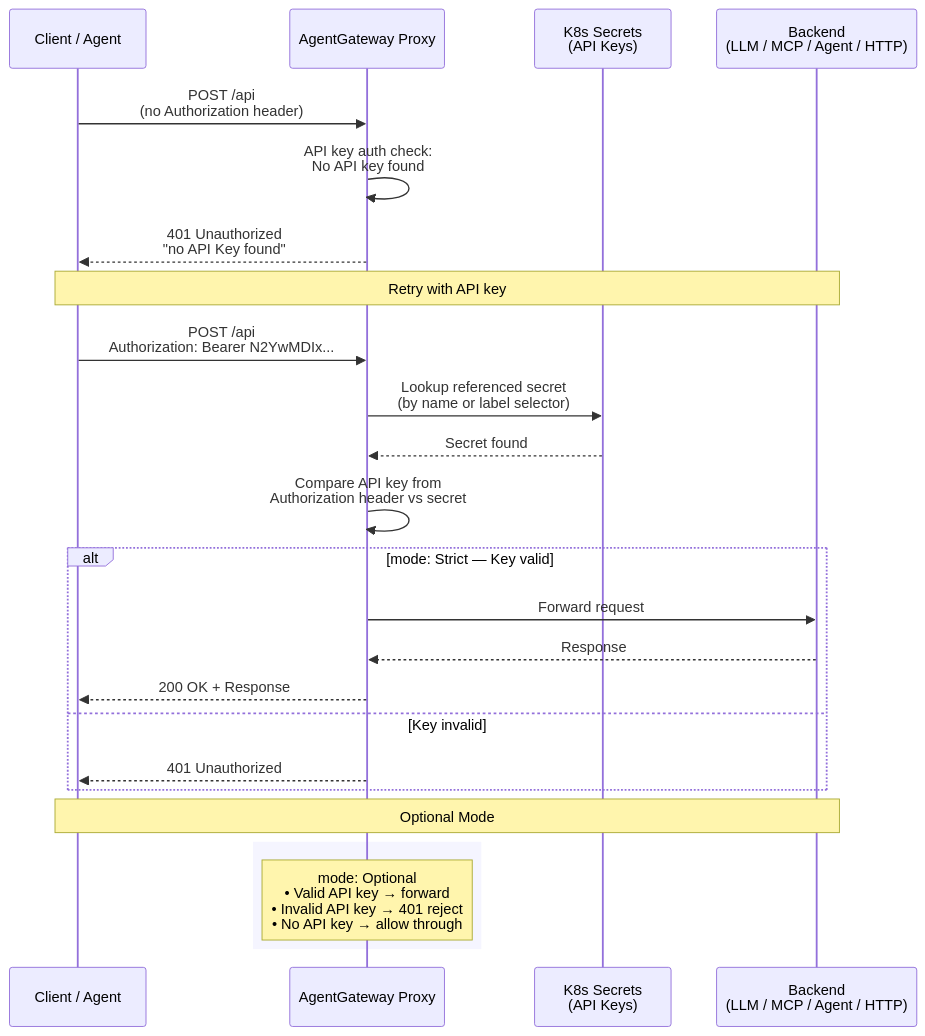
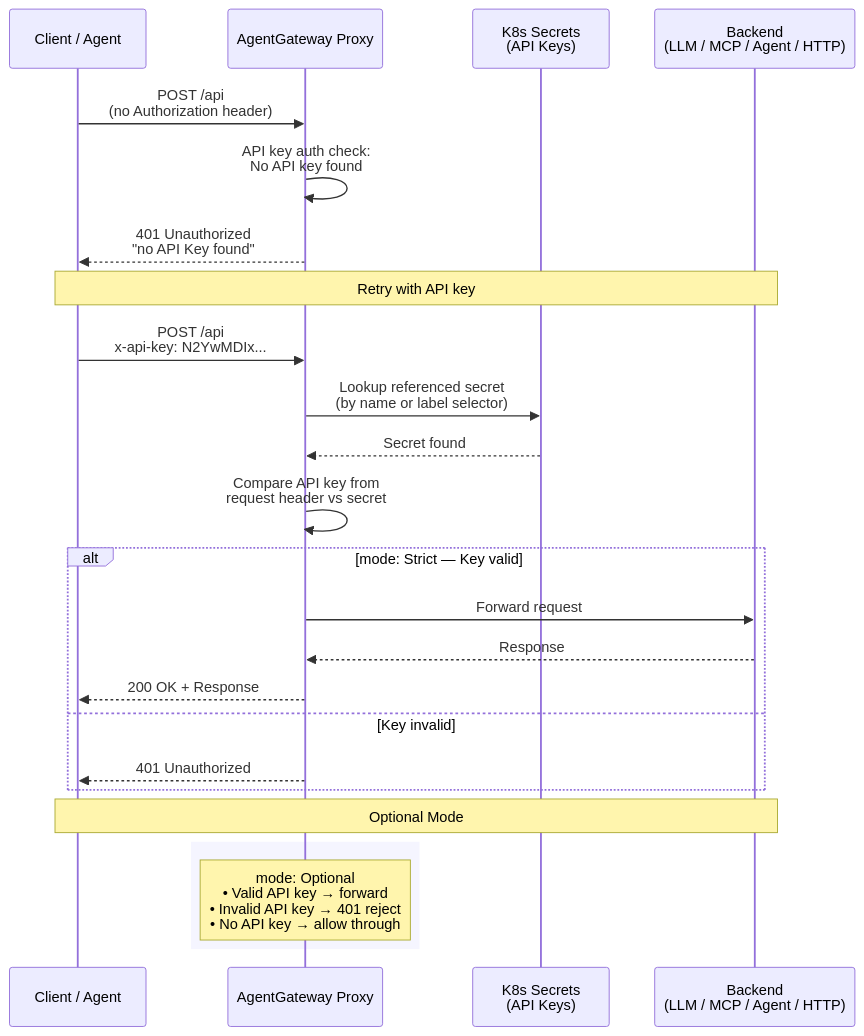
One commit to find-arka/diagrams changed the fifth of 14 diagrams in agentgateway/security/README.md. Above: the diagram before and after it, drawn with Mermaid. The commit also changed other lines of this file, not shown here.

Commit message:
simplified the diagrams and updated api key auth

````diff
--- a/agentgateway/security/README.md
+++ b/agentgateway/security/README.md
@@ -249,36 +200,36 @@
 ```mermaid
 sequenceDiagram
     participant C as Client / Agent
     participant AGW as AgentGateway Proxy
     participant K8s as K8s Secrets<br/>(API Keys)
     participant Backend as Backend<br/>(LLM / MCP / Agent / HTTP)
 
     C->>AGW: POST /api<br/>(no Authorization header)
 
     AGW->>AGW: API key auth check:<br/>No API key found
 
     AGW-->>C: 401 Unauthorized<br/>"no API Key found"
 
     Note over C,Backend: Retry with API key
 
-    C->>AGW: POST /api<br/>Authorization: Bearer N2YwMDIx...
+    C->>AGW: POST /api<br/>x-api-key: N2YwMDIx...
 
     AGW->>K8s: Lookup referenced secret<br/>(by name or label selector)
     K8s-->>AGW: Secret found
 
-    AGW->>AGW: Compare API key from<br/>Authorization header vs secret
+    AGW->>AGW: Compare API key from<br/>request header vs secret
 
     alt mode: Strict — Key valid
         AGW->>Backend: Forward request
         Backend-->>AGW: Response
         AGW-->>C: 200 OK + Response
     else Key invalid
         AGW-->>C: 401 Unauthorized
     end
 
     Note over C,Backend: Optional Mode
 
     rect rgb(245, 245, 255)
         Note over AGW: mode: Optional<br/>• Valid API key → forward<br/>• Invalid API key → 401 reject<br/>• No API key → allow through
     end
 ```
````
